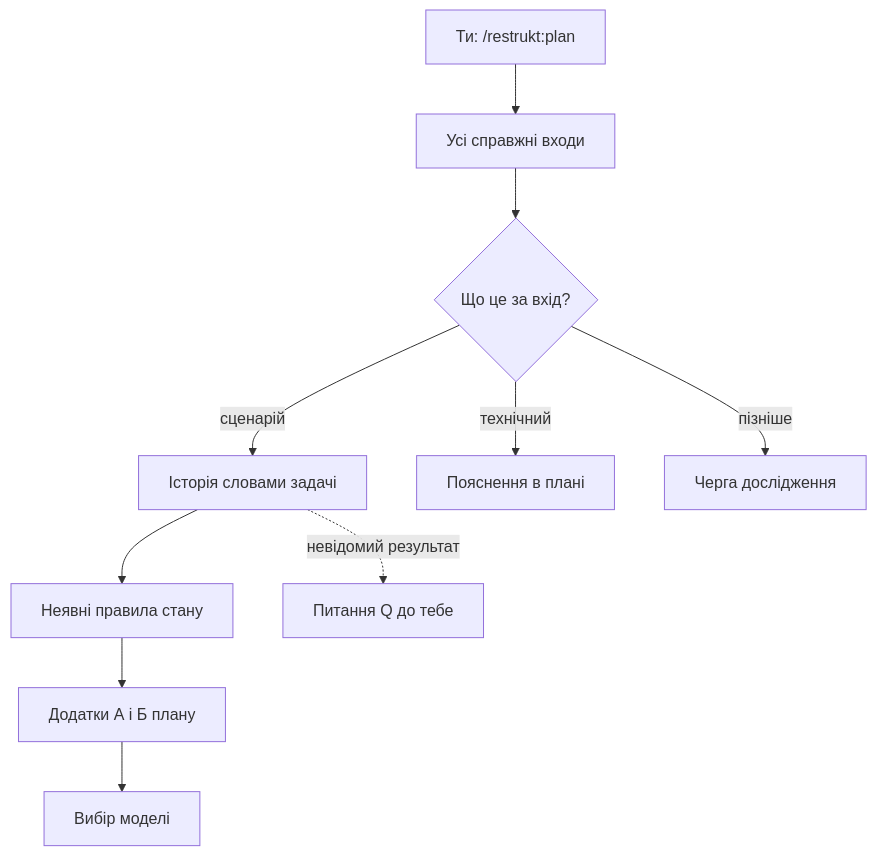
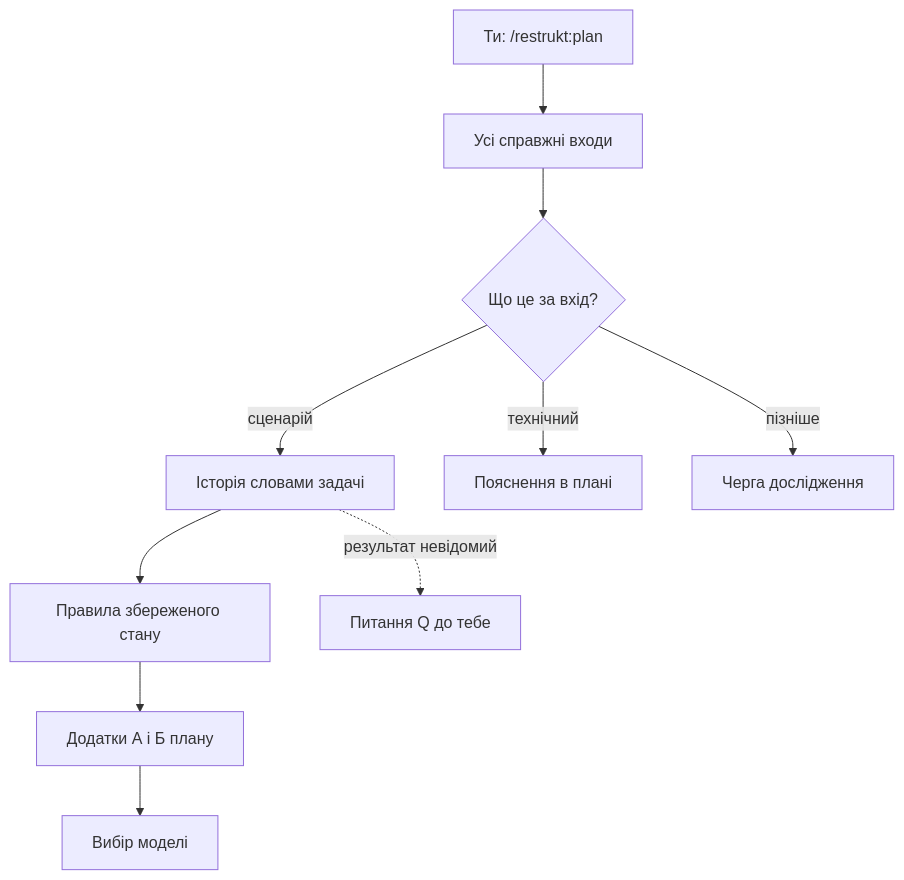
One commit to romxnb/restrukt changed the diagram in docs/explain/scenario-recovery.md. Above: the diagram before and after it, drawn with Mermaid. The commit also changed other lines of this file and 6 other files, not shown here.

````diff
--- a/docs/explain/scenario-recovery.md
+++ b/docs/explain/scenario-recovery.md
@@ -5,12 +7,12 @@
 ```mermaid
 flowchart TD
     A["Ти: /restrukt:plan"] --> B["Усі справжні входи"]
     B --> C{"Що це за вхід?"}
     C -->|сценарій| D["Історія словами задачі"]
     C -->|технічний| T["Пояснення в плані"]
     C -->|пізніше| Q["Черга дослідження"]
-    D --> E["Неявні правила стану"]
+    D --> E["Правила збереженого стану"]
     E --> F["Додатки А і Б плану"]
-    D -. невідомий результат .-> G["Питання Q до тебе"]
+    D -. результат невідомий .-> G["Питання Q до тебе"]
     F --> H["Вибір моделі"]
 ```
````
